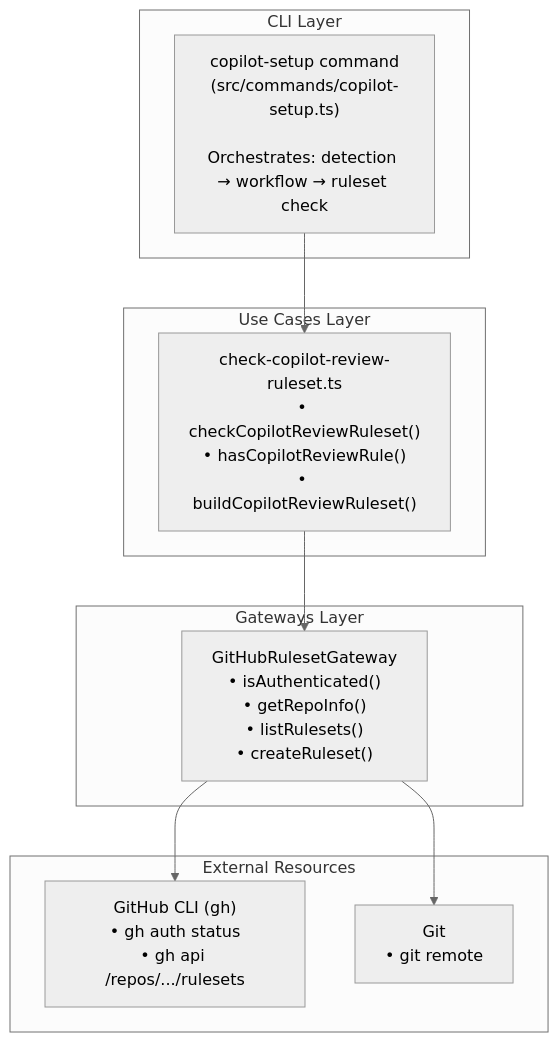
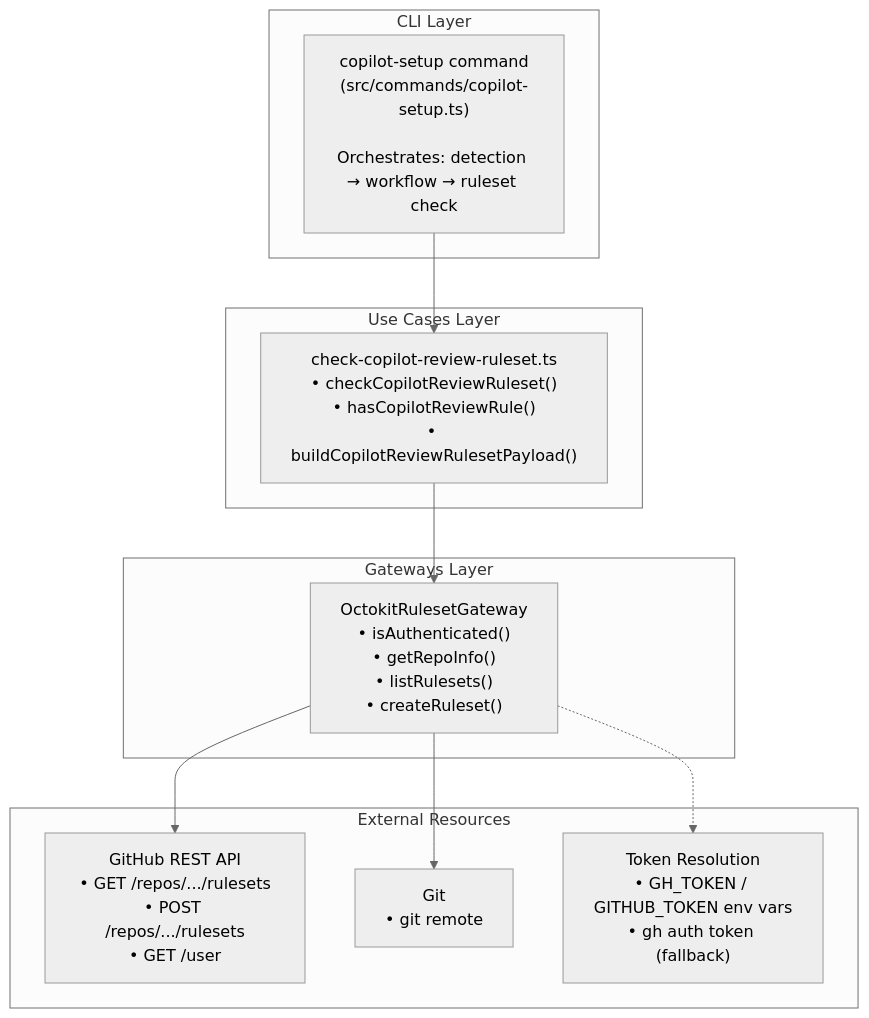
Before and after one commit to zpratt/lousy-agents: the first of 2 diagrams in .github/specs/copilot-pr-review-rulesets.spec.md, drawn with Mermaid (neutral theme). The commit also changed other lines of this file and 4 other files, not shown here.

Commit message:
Address PR review: tighten gateway type guard, fix auth warning, add HTTP status in errors, update spec diagrams

````diff
--- a/.github/specs/copilot-pr-review-rulesets.spec.md
+++ b/.github/specs/copilot-pr-review-rulesets.spec.md
@@ -114,24 +114,26 @@
 ```mermaid
 flowchart TB
     subgraph CLI["CLI Layer"]
         CMD["copilot-setup command<br/>(src/commands/copilot-setup.ts)<br/><br/>Orchestrates: detection → workflow → ruleset check"]
     end
 
     subgraph UseCases["Use Cases Layer"]
-        CR["check-copilot-review-ruleset.ts<br/>• checkCopilotReviewRuleset()<br/>• hasCopilotReviewRule()<br/>• buildCopilotReviewRuleset()"]
+        CR["check-copilot-review-ruleset.ts<br/>• checkCopilotReviewRuleset()<br/>• hasCopilotReviewRule()<br/>• buildCopilotReviewRulesetPayload()"]
     end
 
     subgraph Gateways["Gateways Layer"]
-        RG["GitHubRulesetGateway<br/>• isAuthenticated()<br/>• getRepoInfo()<br/>• listRulesets()<br/>• createRuleset()"]
+        RG["OctokitRulesetGateway<br/>• isAuthenticated()<br/>• getRepoInfo()<br/>• listRulesets()<br/>• createRuleset()"]
     end
 
     subgraph External["External Resources"]
-        GH["GitHub CLI (gh)<br/>• gh auth status<br/>• gh api /repos/.../rulesets"]
+        GHAPI["GitHub REST API<br/>• GET /repos/.../rulesets<br/>• POST /repos/.../rulesets<br/>• GET /user"]
         GIT["Git<br/>• git remote"]
+        TOKEN["Token Resolution<br/>• GH_TOKEN / GITHUB_TOKEN env vars<br/>• gh auth token (fallback)"]
     end
 
     CMD --> CR
     CR --> RG
-    RG --> GH
+    RG --> GHAPI
     RG --> GIT
+    RG -.-> TOKEN
 ```
````
